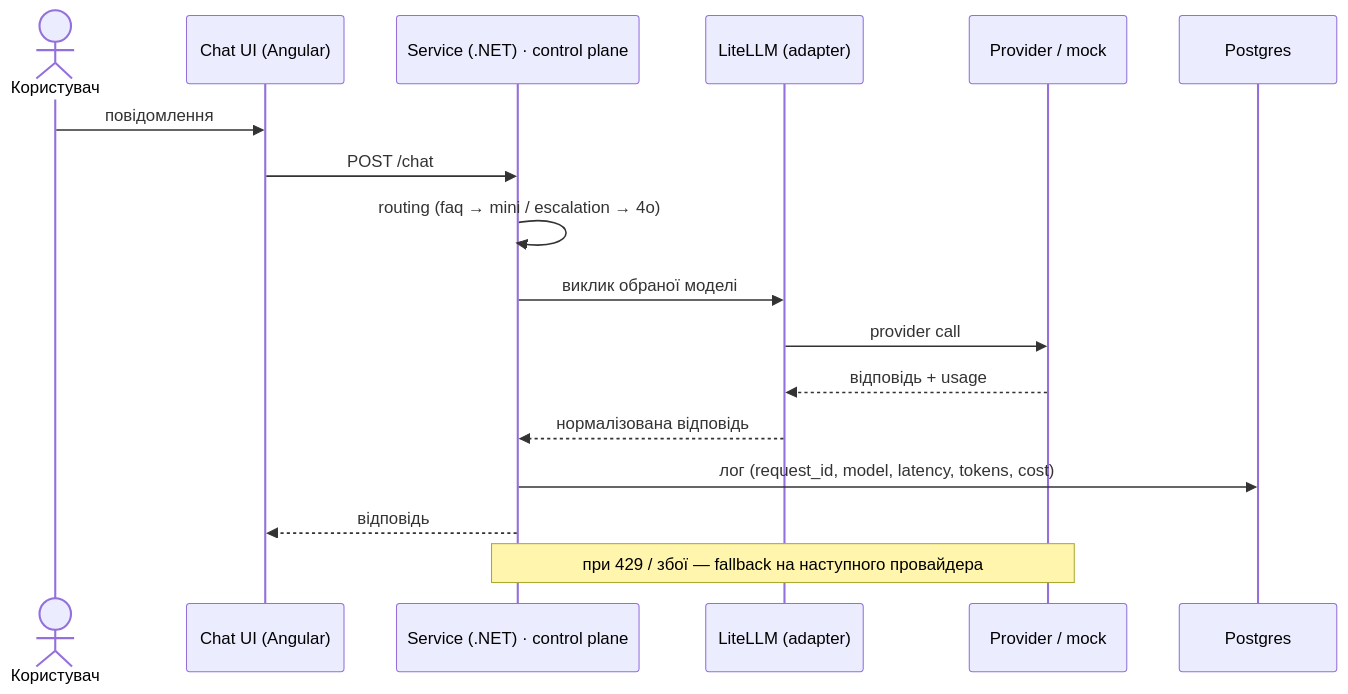
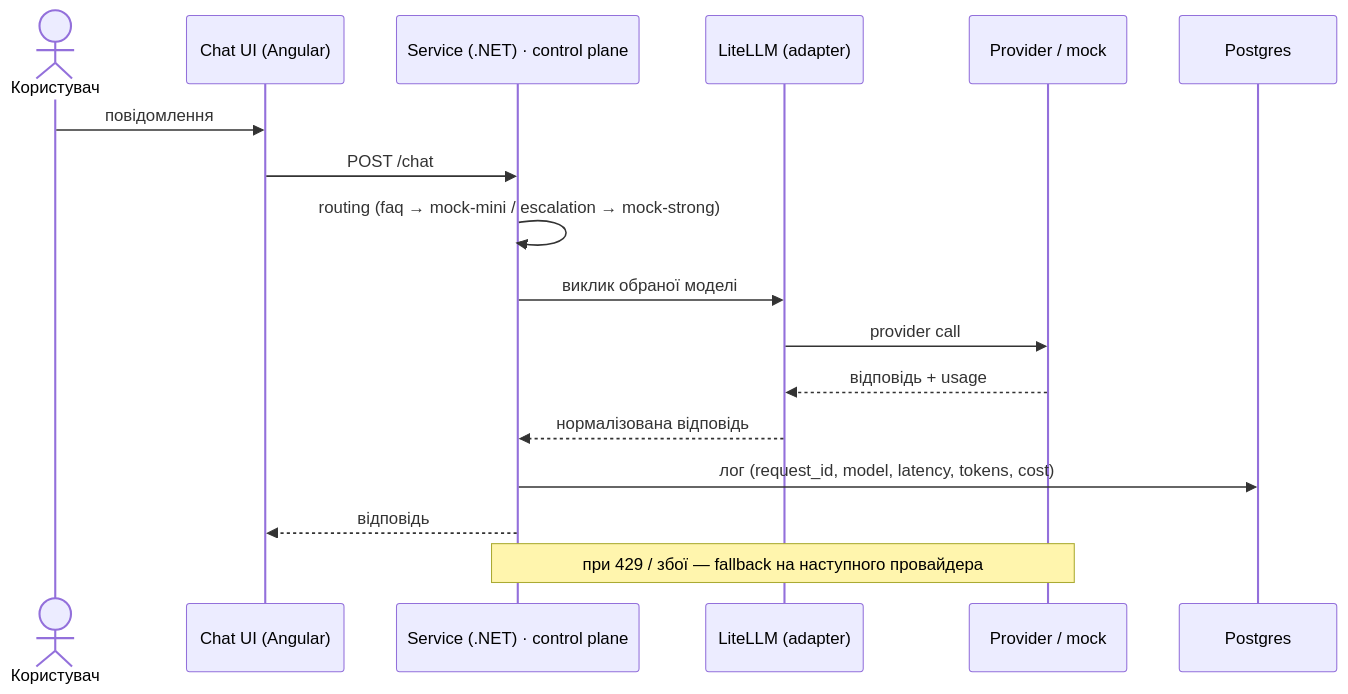
One commit to TarasFedorenkoFTV/llmops-bootcamp changed the diagram in docs/request-flow.md. Above: the diagram before and after it, drawn with Mermaid. The commit also changed 11 other files, not shown here.

````diff
--- a/docs/request-flow.md
+++ b/docs/request-flow.md
@@ -3,20 +3,20 @@
 ```mermaid
 sequenceDiagram
   actor U as Користувач
   participant UI as Chat UI (Angular)
   participant S as Service (.NET) · control plane
   participant GW as LiteLLM (adapter)
   participant P as Provider / mock
   participant DB as Postgres
 
   U->>UI: повідомлення
   UI->>S: POST /chat
-  S->>S: routing (faq → mini / escalation → 4o)
+  S->>S: routing (faq → mock-mini / escalation → mock-strong)
   S->>GW: виклик обраної моделі
   GW->>P: provider call
   P-->>GW: відповідь + usage
   GW-->>S: нормалізована відповідь
   S->>DB: лог (request_id, model, latency, tokens, cost)
   S-->>UI: відповідь
   Note over S,P: при 429 / збої — fallback на наступного провайдера
 ```
````
